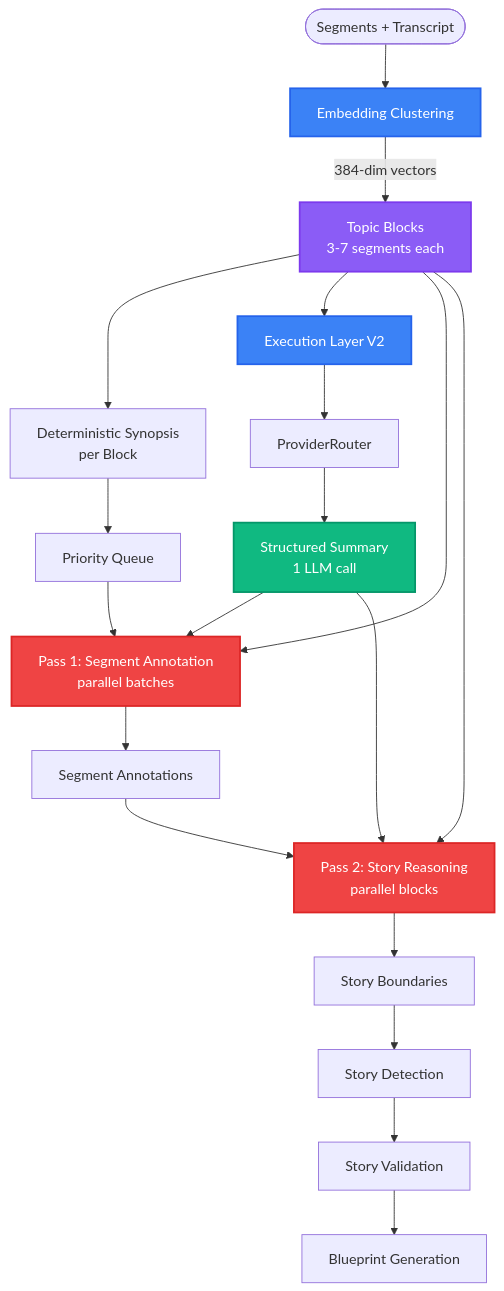
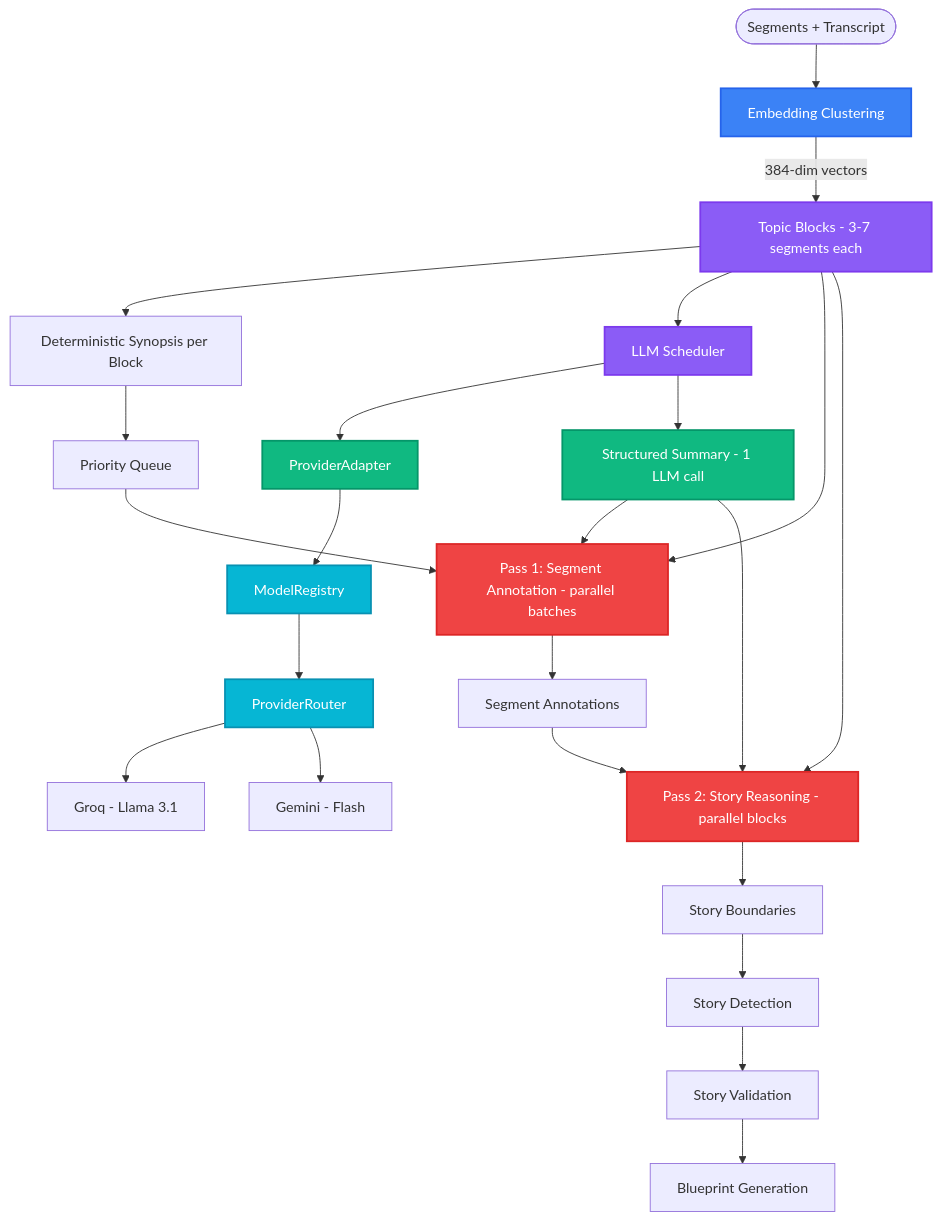
The eighth of 15 diagrams in README.md (samm329-ui/Trimora_v2), drawn with Mermaid before and after one commit. The commit also changed other lines of this file, not shown here.

Commit message:
Update README with LLM Scheduler architecture and fixed diagrams

````diff
--- a/README.md
+++ b/README.md
@@ -515,31 +621,39 @@
 ```mermaid
 flowchart TB
     START(["Segments + Transcript"]) --> EMB["Embedding Clustering"]
-    EMB -->|"384-dim vectors"| BLOCKS["Topic Blocks\n3-7 segments each"]
-    BLOCKS --> SYNOPSIS["Deterministic Synopsis\nper Block"]
+    EMB -->|"384-dim vectors"| BLOCKS["Topic Blocks - 3-7 segments each"]
+    BLOCKS --> SYNOPSIS["Deterministic Synopsis per Block"]
     SYNOPSIS --> PRIORITY["Priority Queue"]
 
-    BLOCKS --> EXEC["Execution Layer V2"]
-    EXEC --> ROUTER3["ProviderRouter"]
-    ROUTER3 --> SUMMARY["Structured Summary\n1 LLM call"]
-    SUMMARY --> PASS1["Pass 1: Segment Annotation\nparallel batches"]
+    BLOCKS --> LS["LLM Scheduler"]
+    LS --> PA["ProviderAdapter"]
+    PA --> MR["ModelRegistry"]
+    MR --> ROUTER["ProviderRouter"]
+    ROUTER --> GROQ["Groq - Llama 3.1"]
+    ROUTER --> GEMI["Gemini - Flash"]
+
+    LS --> SUMMARY["Structured Summary - 1 LLM call"]
+    SUMMARY --> PASS1["Pass 1: Segment Annotation - parallel batches"]
     PRIORITY --> PASS1
     BLOCKS --> PASS1
     PASS1 --> ANNOTATIONS["Segment Annotations"]
 
-    ANNOTATIONS --> PASS2["Pass 2: Story Reasoning\nparallel blocks"]
+    ANNOTATIONS --> PASS2["Pass 2: Story Reasoning - parallel blocks"]
     BLOCKS --> PASS2
     SUMMARY --> PASS2
     PASS2 --> BOUNDARIES["Story Boundaries"]
 
     BOUNDARIES --> DETECT["Story Detection"]
     DETECT --> VALIDATE["Story Validation"]
     VALIDATE --> BLUEPRINTS["Blueprint Generation"]
 
     style EMB fill:#3b82f6,color:#fff,stroke:#2563eb,stroke-width:2px
     style BLOCKS fill:#8b5cf6,color:#fff,stroke:#7c3aed,stroke-width:2px
-    style EXEC fill:#3b82f6,color:#fff,stroke:#2563eb,stroke-width:2px
+    style LS fill:#8b5cf6,color:#fff,stroke:#7c3aed,stroke-width:2px
+    style PA fill:#10b981,color:#fff,stroke:#059669,stroke-width:2px
+    style MR fill:#06b6d4,color:#fff,stroke:#0891b2,stroke-width:2px
+    style ROUTER fill:#06b6d4,color:#fff,stroke:#0891b2,stroke-width:2px
     style SUMMARY fill:#10b981,color:#fff,stroke:#059669,stroke-width:2px
     style PASS1 fill:#ef4444,color:#fff,stroke:#dc2626,stroke-width:2px
     style PASS2 fill:#ef4444,color:#fff,stroke:#dc2626,stroke-width:2px
 ```
````
